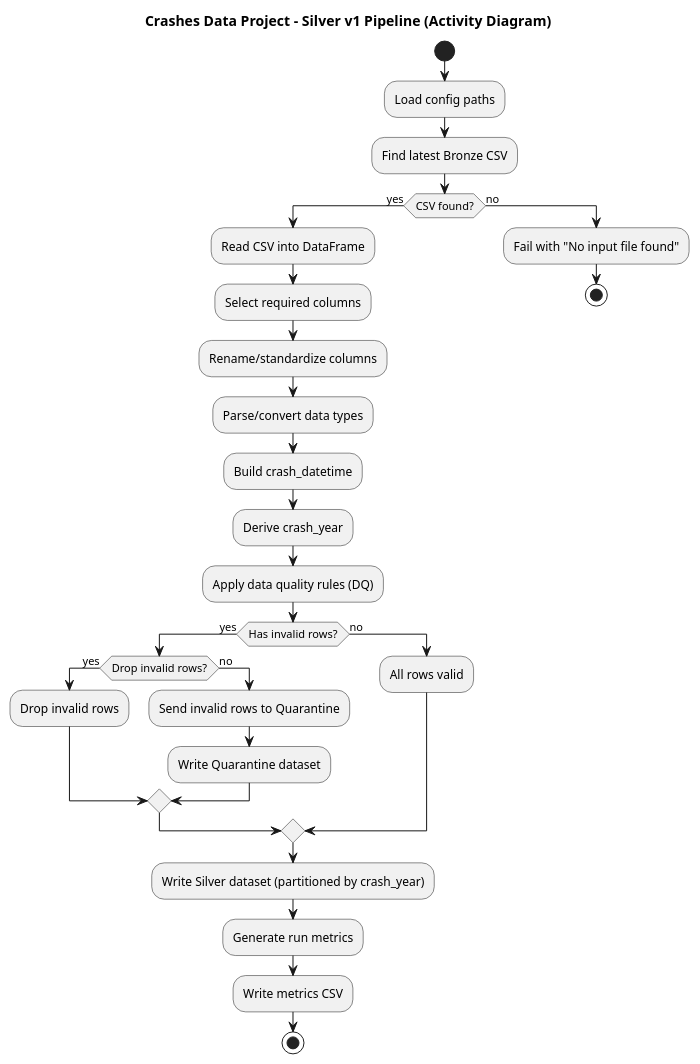
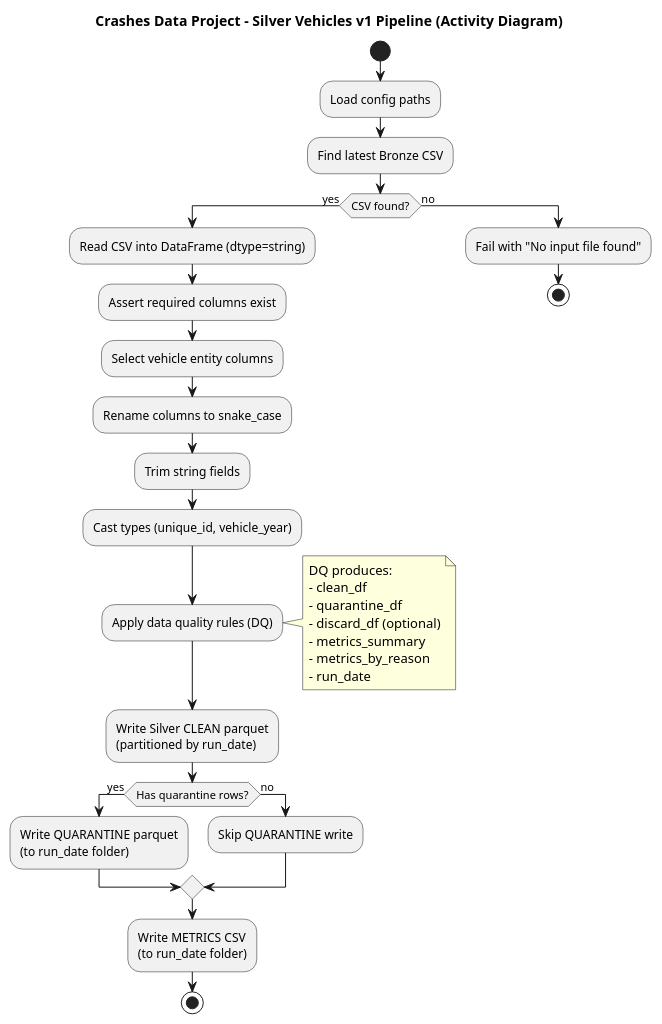
Before and after one commit to luisgfinger/crashes_data_project: the diagram in docs/uml/silver/silver_v1.activity.puml, drawn with PlantUML. The commit also changed 3 other files, not shown here.

First line of the commit message:
docs(uml): update component and activity diagrams to reflect vehicles entity refactor

```diff
--- a/docs/uml/silver/silver_v1.activity.puml
+++ b/docs/uml/silver/silver_v1.activity.puml
@@ -1,44 +1,45 @@
 @startuml
-title Crashes Data Project - Silver v1 Pipeline (Activity Diagram)
+title Crashes Data Project - Silver Vehicles v1 Pipeline (Activity Diagram)
 
 start
 
 :Load config paths;
 :Find latest Bronze CSV;
 
 if (CSV found?) then (yes)
-  :Read CSV into DataFrame;
+  :Read CSV into DataFrame (dtype=string);
 
-  :Select required columns;
-  :Rename/standardize columns;
-  :Parse/convert data types;
+  :Assert required columns exist;
+  :Select vehicle entity columns;
+  :Rename columns to snake_case;
+  :Trim string fields;
 
-  :Build crash_datetime;
-  :Derive crash_year;
+  :Cast types (unique_id, vehicle_year);
+  :Apply data quality rules (DQ);
+  note right
+    DQ produces:
+    - clean_df
+    - quarantine_df
+    - discard_df (optional)
+    - metrics_summary
+    - metrics_by_reason
+    - run_date
+  end note
 
-  :Apply data quality rules (DQ);
+  :Write Silver CLEAN parquet\n(partitioned by run_date);
 
- if (Has invalid rows?) then (yes)
-
-  if (Drop invalid rows?) then (yes)
-    :Drop invalid rows;
+  if (Has quarantine rows?) then (yes)
+    :Write QUARANTINE parquet\n(to run_date folder);
   else (no)
-    :Send invalid rows to Quarantine;
-    :Write Quarantine dataset;
+    :Skip QUARANTINE write;
   endif
 
-else (no)
-  :All rows valid;
-endif
-
-  :Write Silver dataset (partitioned by crash_year);
-  :Generate run metrics;
-  :Write metrics CSV;
+  :Write METRICS CSV\n(to run_date folder);
 
   stop
 else (no)
   :Fail with "No input file found";
   stop
 endif
 
 @enduml
```
